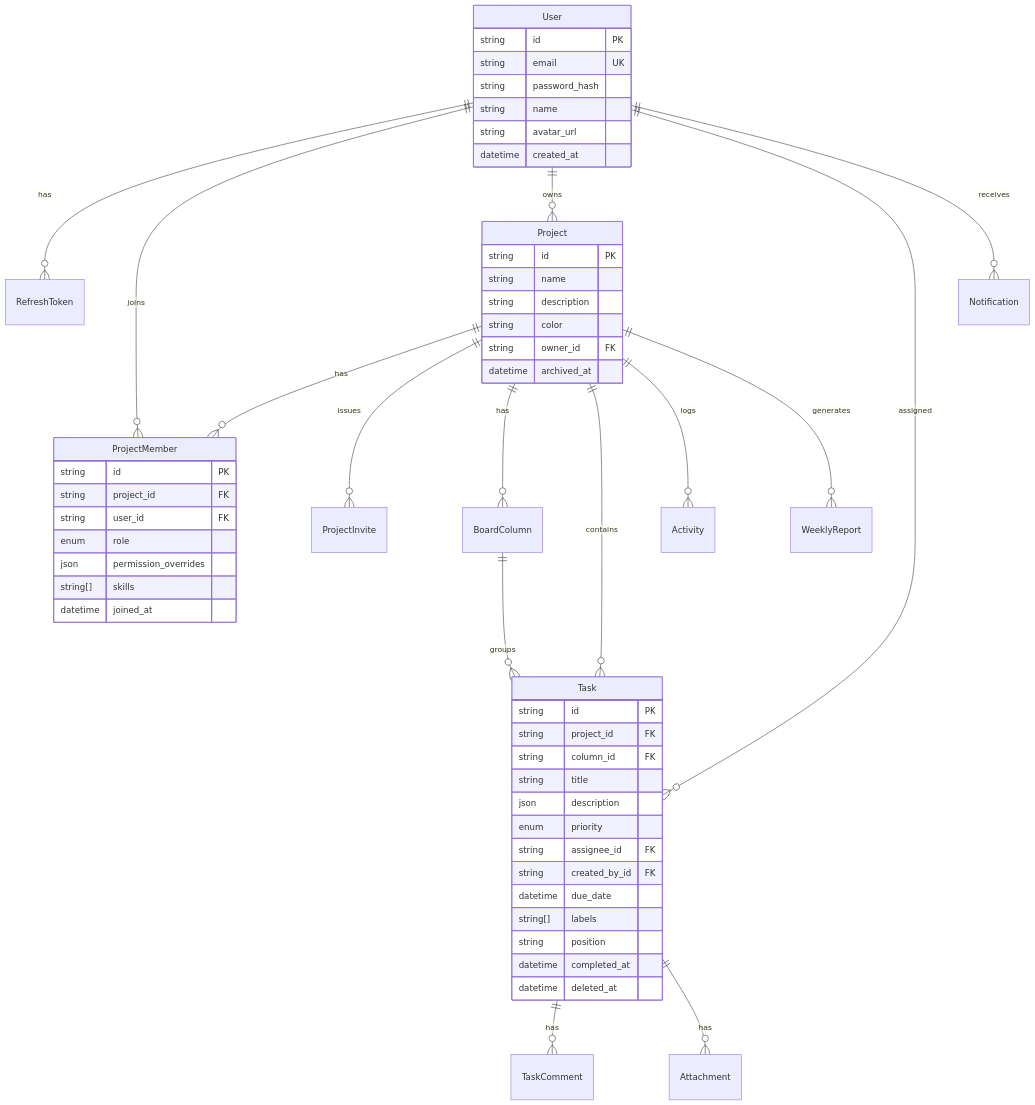
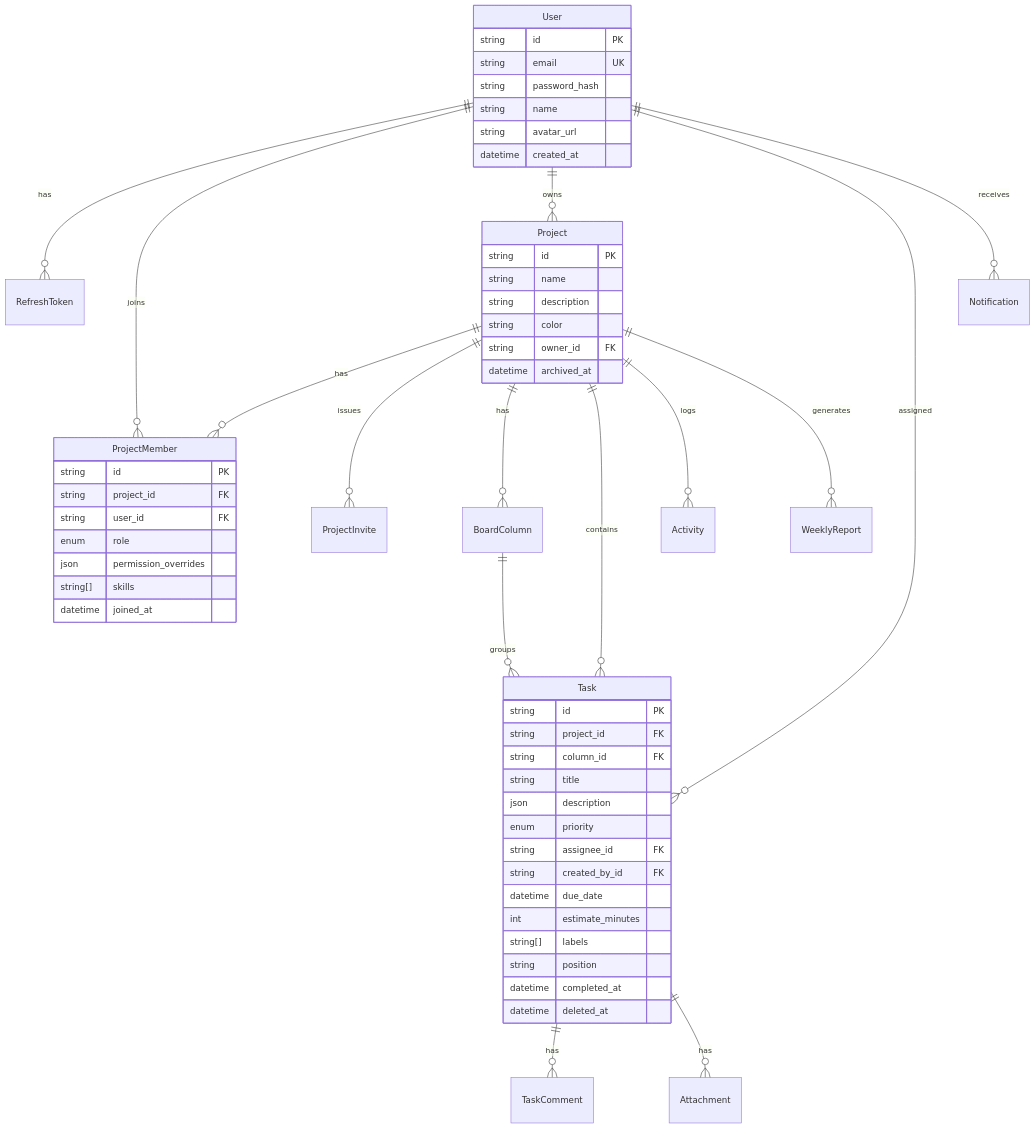
One commit to Y1X1n/TeamFlow changed the diagram in docs/DATA_MODEL.md. Above: the diagram before and after it, drawn with Mermaid. The commit also changed other lines of this file and 26 other files, not shown here.

````diff
--- a/docs/DATA_MODEL.md
+++ b/docs/DATA_MODEL.md
@@ -9,58 +9,59 @@
 ```mermaid
 erDiagram
     User ||--o{ RefreshToken : has
     User ||--o{ ProjectMember : joins
     User ||--o{ Project : owns
     User ||--o{ Task : assigned
     User ||--o{ Notification : receives
     Project ||--o{ ProjectMember : has
     Project ||--o{ ProjectInvite : issues
     Project ||--o{ BoardColumn : has
     Project ||--o{ Task : contains
     Project ||--o{ Activity : logs
     Project ||--o{ WeeklyReport : generates
     BoardColumn ||--o{ Task : groups
     Task ||--o{ TaskComment : has
     Task ||--o{ Attachment : has
 
     User {
       string id PK
       string email UK
       string password_hash
       string name
       string avatar_url
       datetime created_at
     }
     Project {
       string id PK
       string name
       string description
       string color
       string owner_id FK
       datetime archived_at
     }
     ProjectMember {
       string id PK
       string project_id FK
       string user_id FK
       enum role
       json permission_overrides
       string[] skills
       datetime joined_at
     }
     Task {
       string id PK
       string project_id FK
       string column_id FK
       string title
       json description
       enum priority
       string assignee_id FK
       string created_by_id FK
       datetime due_date
+      int estimate_minutes
       string[] labels
       string position
       datetime completed_at
       datetime deleted_at
     }
 ```
````
